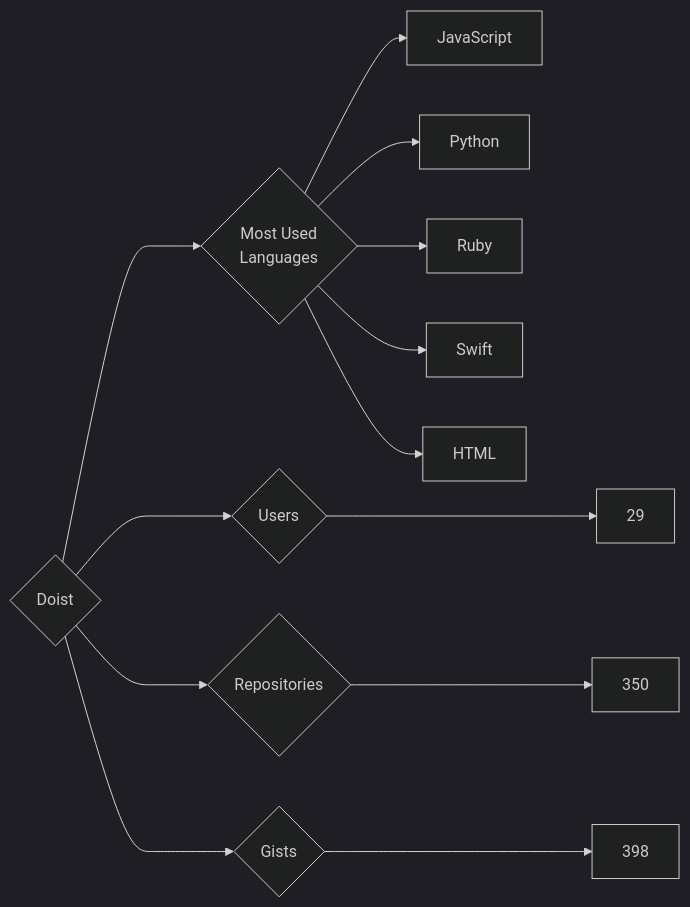
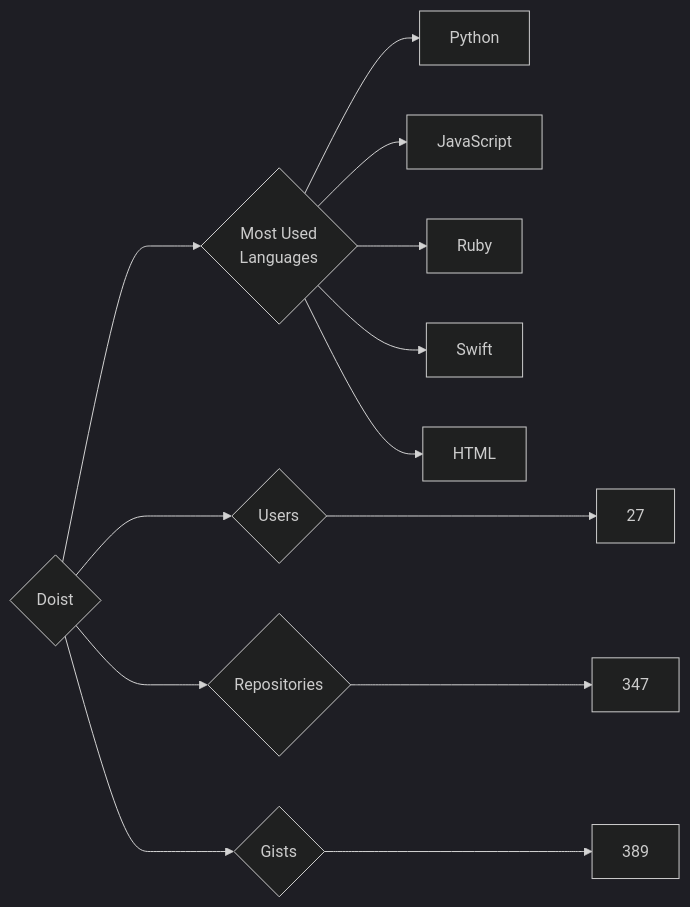
Before and after one commit to trickest/insiders: the diagram in targets/Doist/README.md, drawn with Mermaid (dark theme). The commit also changed 925 other files, not shown here.

````diff
--- a/targets/Doist/README.md
+++ b/targets/Doist/README.md
@@ -3,13 +3,13 @@
 ```mermaid
 graph LR
 COMPANY_NAME{Doist}
-COMPANY_NAME ---> U{Users} ---> UN[29]
-COMPANY_NAME ---> R{Repositories} ---> RN[350]
-COMPANY_NAME ---> G{Gists} ---> GN[398]
+COMPANY_NAME ---> U{Users} ---> UN[27]
+COMPANY_NAME ---> R{Repositories} ---> RN[347]
+COMPANY_NAME ---> G{Gists} ---> GN[389]
 COMPANY_NAME ---> ML{Most Used<br>Languages}
+ML --> Python[Python]
 ML --> JavaScript[JavaScript]
-ML --> Python[Python]
 ML --> Ruby[Ruby]
 ML --> Swift[Swift]
 ML --> HTML[HTML]
 ```
````
